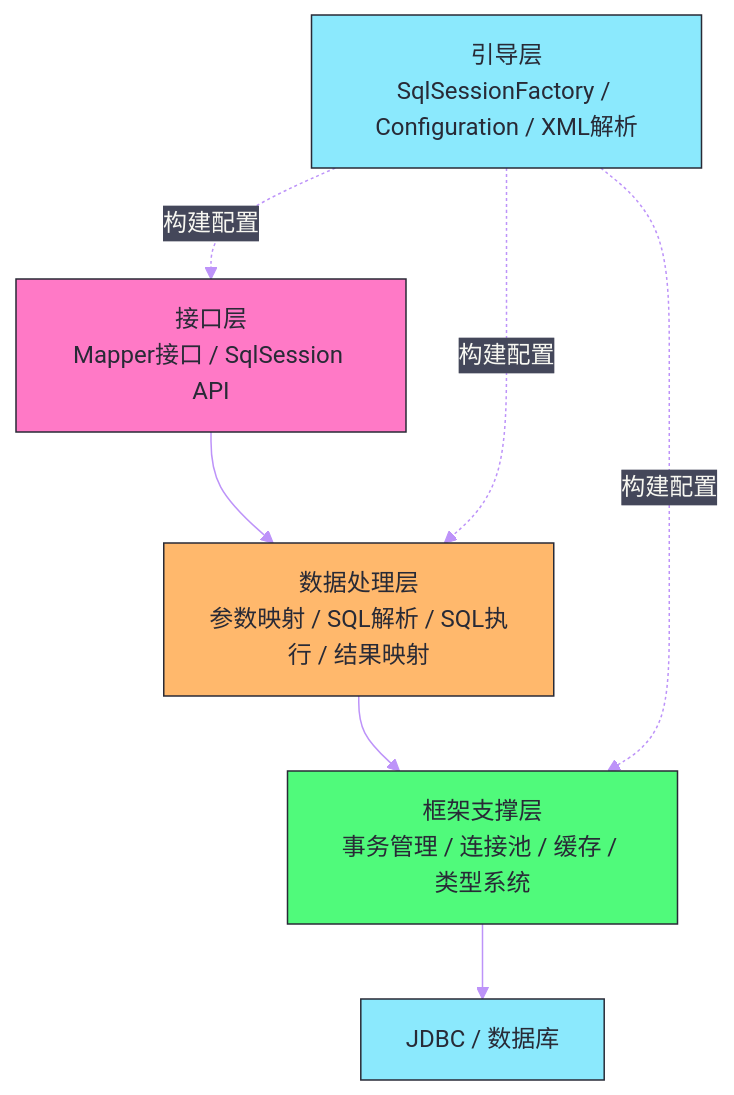
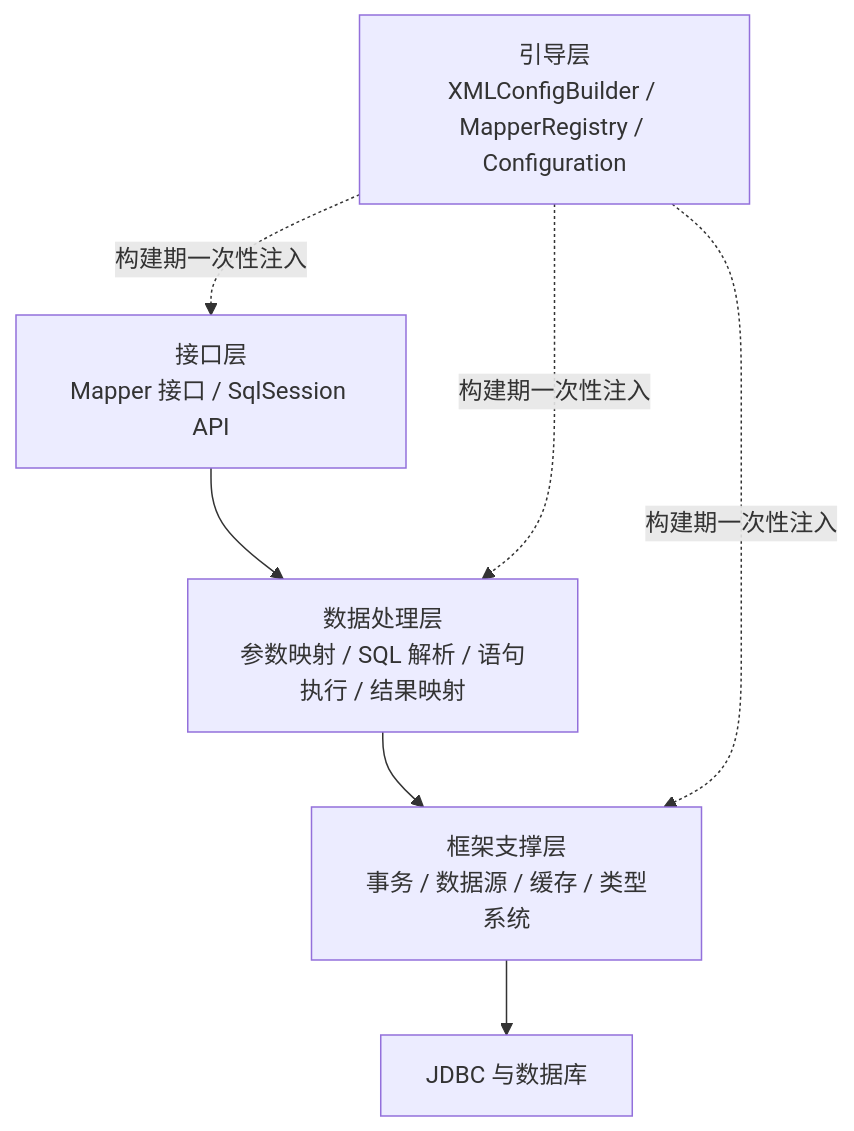
The first of 5 diagrams in content/Java/Mybatis/01 Mybatis全局架构——从SQL到结果映射的完整链路.md (hpliStartAgain/my-brain), drawn with Mermaid before and after one commit. The commit also changed other lines of this file and 455 other files, not shown here.

````diff
--- a/content/Java/Mybatis/01 Mybatis全局架构——从SQL到结果映射的完整链路.md
+++ b/content/Java/Mybatis/01 Mybatis全局架构——从SQL到结果映射的完整链路.md
@@ -99,19 +129,10 @@
 ```mermaid
-%%{init: {'theme': 'base', 'themeVariables': {'primaryColor': '#6272a4', 'primaryTextColor': '#f8f8f2', 'primaryBorderColor': '#44475a', 'lineColor': '#bd93f9', 'secondaryColor': '#44475a', 'tertiaryColor': '#282a36', 'background': '#282a36', 'mainBkg': '#44475a', 'nodeBorder': '#6272a4', 'clusterBkg': '#282a36', 'titleColor': '#f8f8f2', 'edgeLabelBackground': '#44475a', 'fontFamily': 'monospace'}}}%%
-graph TD
-    classDef layer1 fill:#ff79c6,stroke:#282a36,color:#282a36
-    classDef layer2 fill:#ffb86c,stroke:#282a36,color:#282a36
-    classDef layer3 fill:#50fa7b,stroke:#282a36,color:#282a36
-    classDef layer4 fill:#8be9fd,stroke:#282a36,color:#282a36
-
-    A["接口层</br>Mapper接口 / SqlSession API"]:::layer1
-    B["数据处理层</br>参数映射 / SQL解析 / SQL执行 / 结果映射"]:::layer2
-    C["框架支撑层</br>事务管理 / 连接池 / 缓存 / 类型系统"]:::layer3
-    D["引导层</br>SqlSessionFactory / Configuration / XML解析"]:::layer4
-    E["JDBC / 数据库"]:::layer4
-
-    A --> B --> C --> E
-    D -.->|"构建配置"| A
-    D -.->|"构建配置"| B
-    D -.->|"构建配置"| C
+%%{init: {'theme': 'dracula'}}%%
+flowchart TD
+    A["接口层<br/>Mapper 接口 / SqlSession API"] --> B["数据处理层<br/>参数映射 / SQL 解析 / 语句执行 / 结果映射"]
+    B --> C["框架支撑层<br/>事务 / 数据源 / 缓存 / 类型系统"]
+    C --> D["JDBC 与数据库"]
+    E["引导层<br/>XMLConfigBuilder / MapperRegistry / Configuration"] -.->|"构建期一次性注入"| A
+    E -.->|"构建期一次性注入"| B
+    E -.->|"构建期一次性注入"| C
 ```
````
